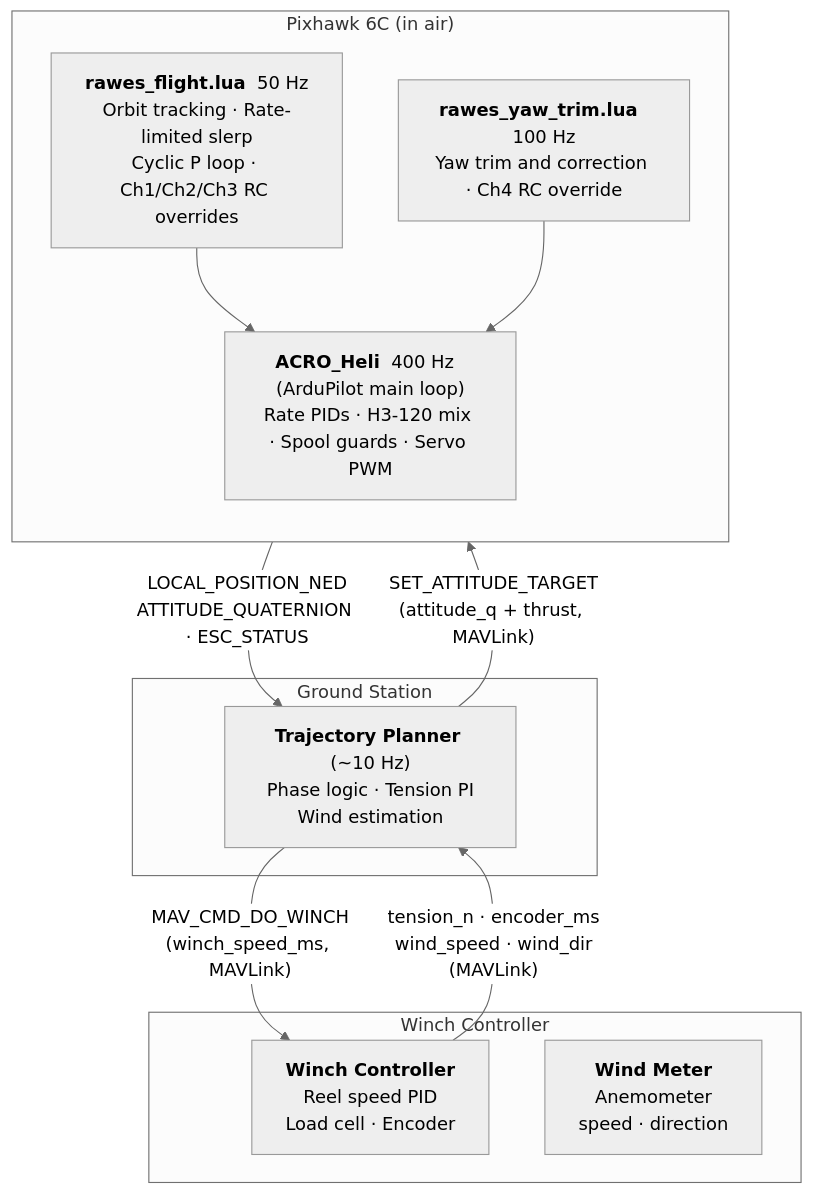
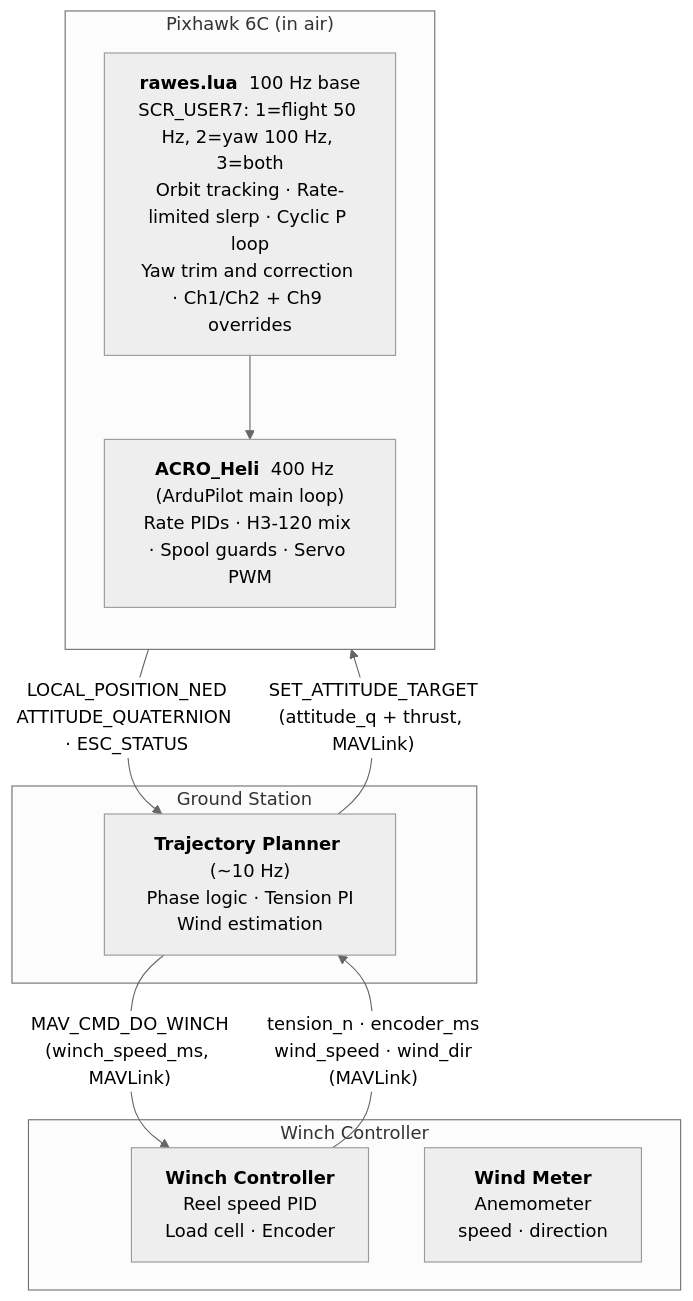
Before and after one commit to mcroomp/windpower: the first of 3 diagrams in system/stack.md, drawn with Mermaid (neutral theme). The commit also changed other lines of this file and 14 other files, not shown here.

````diff
--- a/system/stack.md
+++ b/system/stack.md
@@ -14,25 +14,23 @@
 ```mermaid
 flowchart TB
     subgraph WC["Winch Controller"]
         WCI["<b>Winch Controller</b><BR/>Reel speed PID<BR/>Load cell · Encoder"]
         WM["<b>Wind Meter</b><BR/>Anemometer<BR/>speed · direction"]
     end
 
     subgraph GS["Ground Station"]
         TP["<b>Trajectory Planner</b> (~10 Hz)<BR/>Phase logic · Tension PI<BR/>Wind estimation"]
     end
 
     subgraph PX["Pixhawk 6C (in air)"]
         direction TB
-        LUA1["<b>rawes_flight.lua</b>  50 Hz<BR/>Orbit tracking · Rate-limited slerp<BR/>Cyclic P loop · Ch1/Ch2/Ch3 RC overrides"]
-        LUA2["<b>rawes_yaw_trim.lua</b>  100 Hz<BR/>Yaw trim and correction · Ch4 RC override"]
+        LUA["<b>rawes.lua</b>  100 Hz base<BR/>SCR_USER7: 1=flight 50 Hz, 2=yaw 100 Hz, 3=both<BR/>Orbit tracking · Rate-limited slerp · Cyclic P loop<BR/>Yaw trim and correction · Ch1/Ch2 + Ch9 overrides"]
         ACRO["<b>ACRO_Heli</b>  400 Hz  (ArduPilot main loop)<BR/>Rate PIDs · H3-120 mix · Spool guards · Servo PWM"]
-        LUA1 --> ACRO
-        LUA2 --> ACRO
+        LUA --> ACRO
     end
 
     TP -->|"MAV_CMD_DO_WINCH<BR/>(winch_speed_ms, MAVLink)"| WCI
     WCI -->|"tension_n · encoder_ms<BR/>wind_speed · wind_dir<BR/>(MAVLink)"| TP
     TP -->|"SET_ATTITUDE_TARGET<BR/>(attitude_q + thrust, MAVLink)"| PX
     PX -->|"LOCAL_POSITION_NED<BR/>ATTITUDE_QUATERNION · ESC_STATUS"| TP
 ```
````
